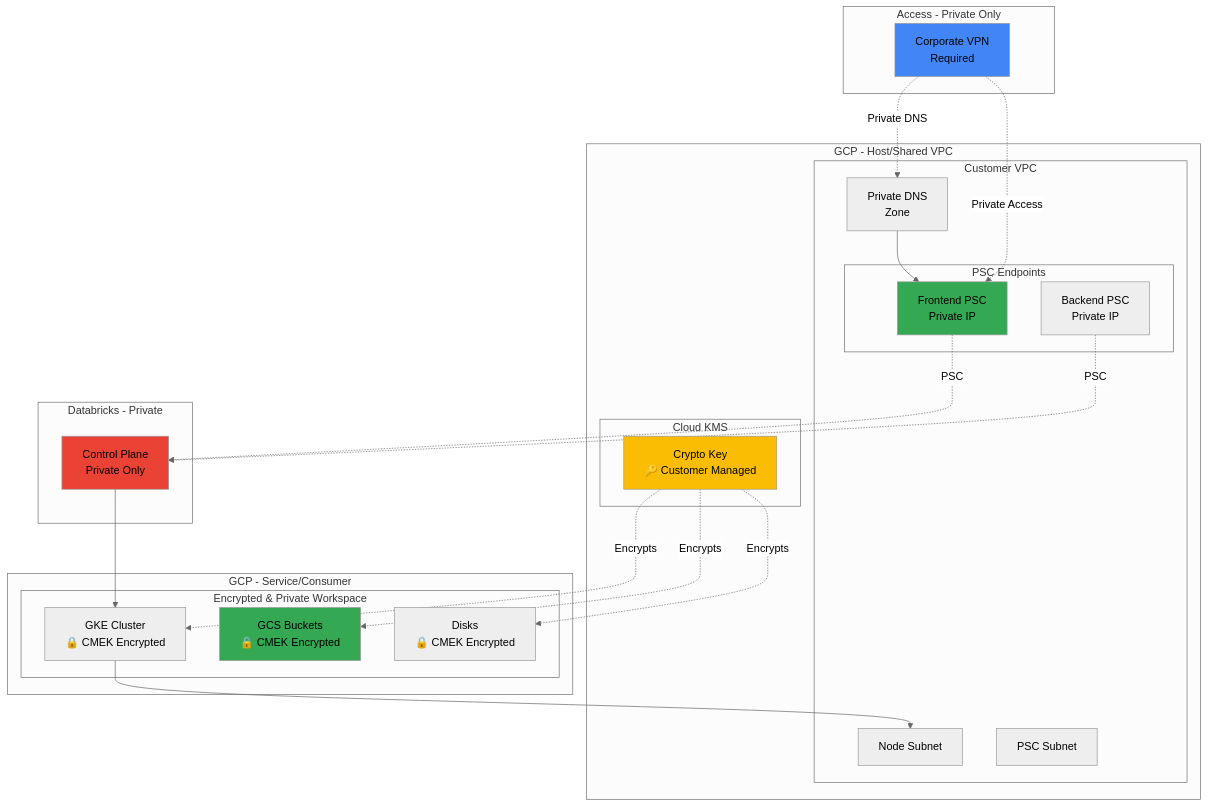
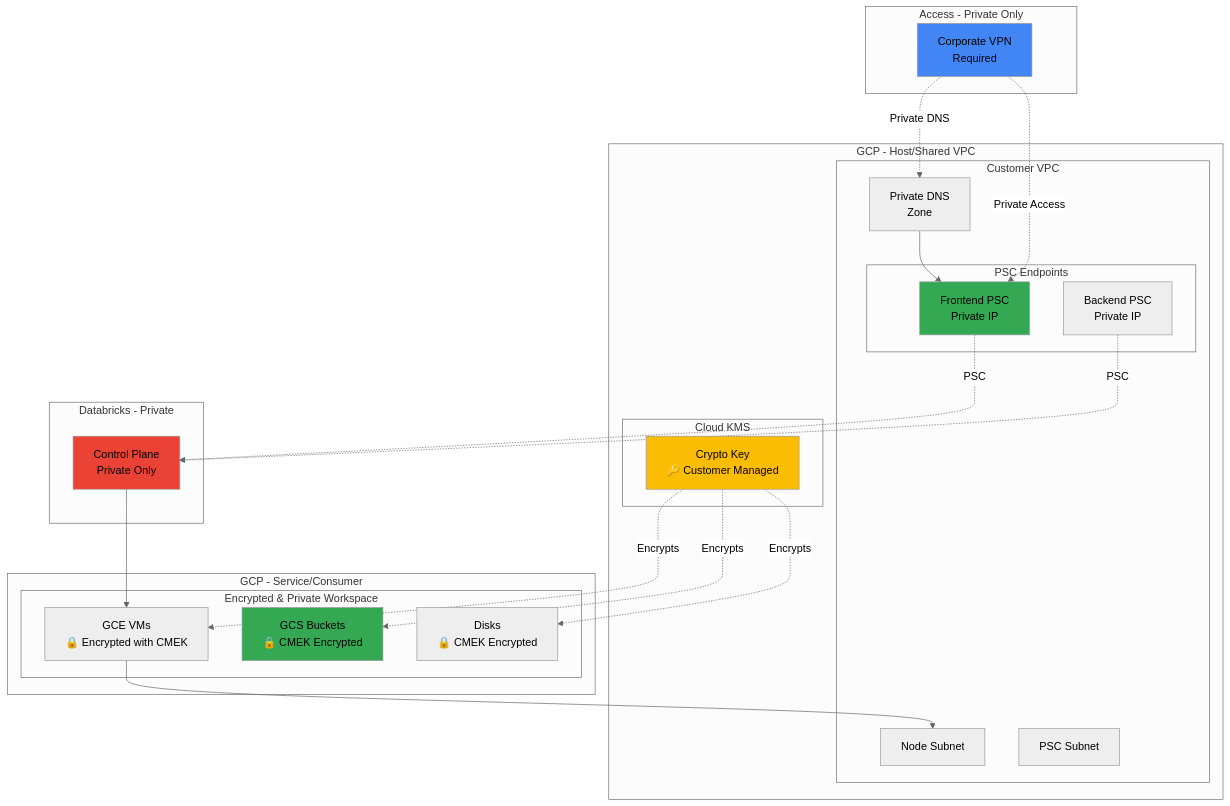
One commit to bhavink/databricks changed the seventh of 15 diagrams in gcpdb4u/templates/terraform-scripts/readme.md. Above: the diagram before and after it, drawn with Mermaid (neutral theme). The commit also changed other lines of this file and 11 other files, not shown here.

First line of the commit message:
docs(gcpdb4u): remove GKE refs; classic compute is now GCE-based

````diff
--- a/gcpdb4u/templates/terraform-scripts/readme.md
+++ b/gcpdb4u/templates/terraform-scripts/readme.md
@@ -391,55 +391,55 @@
 ```mermaid
 graph TB
     subgraph "GCP - Host/Shared VPC"
         subgraph "Customer VPC"
             NODE_SUB[Node Subnet]
             PSC_SUB[PSC Subnet]
 
             subgraph "PSC Endpoints"
                 FE_EP[Frontend PSC<br/>Private IP]
                 BE_EP[Backend PSC<br/>Private IP]
             end
 
             DNS[Private DNS<br/>Zone]
         end
 
         subgraph "Cloud KMS"
             KEY[Crypto Key<br/>🔑 Customer Managed]
         end
     end
 
     subgraph "GCP - Service/Consumer"
         subgraph "Encrypted & Private Workspace"
-            GKE[GKE Cluster<br/>🔒 CMEK Encrypted]
+            GCE[GCE VMs<br/>🔒 Encrypted with CMEK]
             GCS[GCS Buckets<br/>🔒 CMEK Encrypted]
             DISK[Disks<br/>🔒 CMEK Encrypted]
         end
     end
 
     subgraph "Databricks - Private"
         CONTROL[Control Plane<br/>Private Only]
     end
 
     subgraph "Access - Private Only"
         VPN[Corporate VPN<br/>Required]
     end
 
     KEY -.Encrypts.-> GCS
     KEY -.Encrypts.-> DISK
-    KEY -.Encrypts.-> GKE
+    KEY -.Encrypts.-> GCE
 
     FE_EP -.PSC.-> CONTROL
     BE_EP -.PSC.-> CONTROL
-    CONTROL --> GKE
-    GKE --> NODE_SUB
+    CONTROL --> GCE
+    GCE --> NODE_SUB
 
     DNS --> FE_EP
     VPN -.Private DNS.-> DNS
     VPN -.Private Access.-> FE_EP
 
     style KEY fill:#FBBC04
     style CONTROL fill:#EA4335
     style FE_EP fill:#34A853
     style VPN fill:#4285F4
     style GCS fill:#34A853
 ```
````
